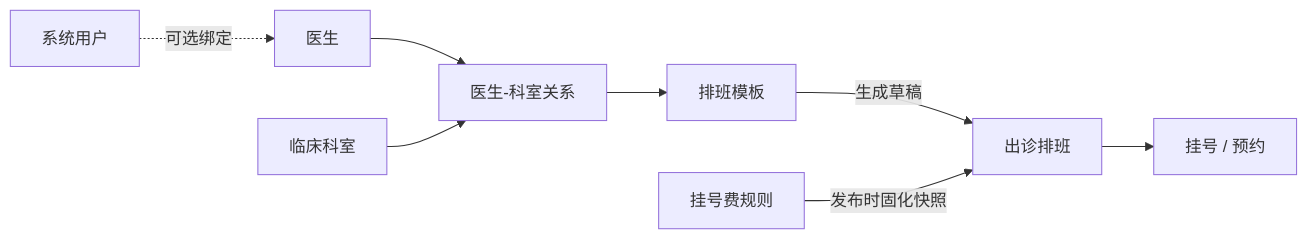
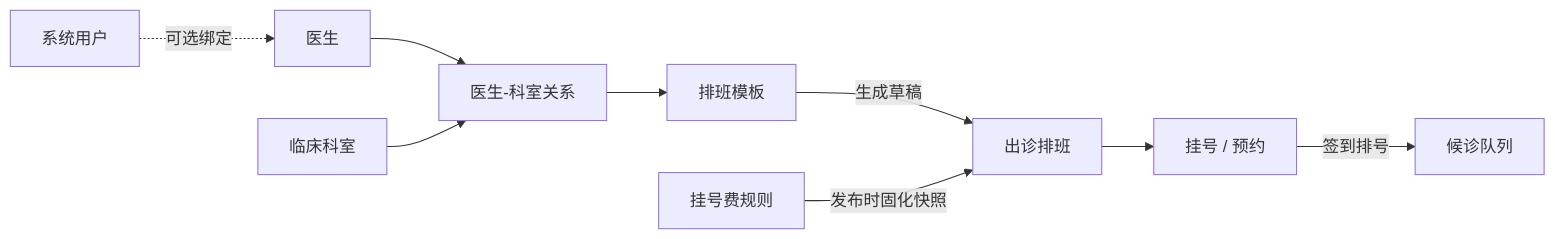
The diagram in business-docs/medical/README.md (liuyinzhong/hive-admin-go), drawn with Mermaid before and after one commit. The commit also changed other lines of this file and 14 other files, not shown here.

````diff
--- a/business-docs/medical/README.md
+++ b/business-docs/medical/README.md
@@ -15,10 +16,11 @@
 ```mermaid
 flowchart LR
   USER[系统用户] -.可选绑定.-> DOCTOR[医生]
   DOCTOR --> DD[医生-科室关系]
   DEPT[临床科室] --> DD
   DD --> TEMPLATE[排班模板]
   TEMPLATE -->|生成草稿| SCHEDULE[出诊排班]
   FEE[挂号费规则] -->|发布时固化快照| SCHEDULE
   SCHEDULE --> REG[挂号 / 预约]
+  REG -->|签到排号| QUEUE[候诊队列]
 ```
````
